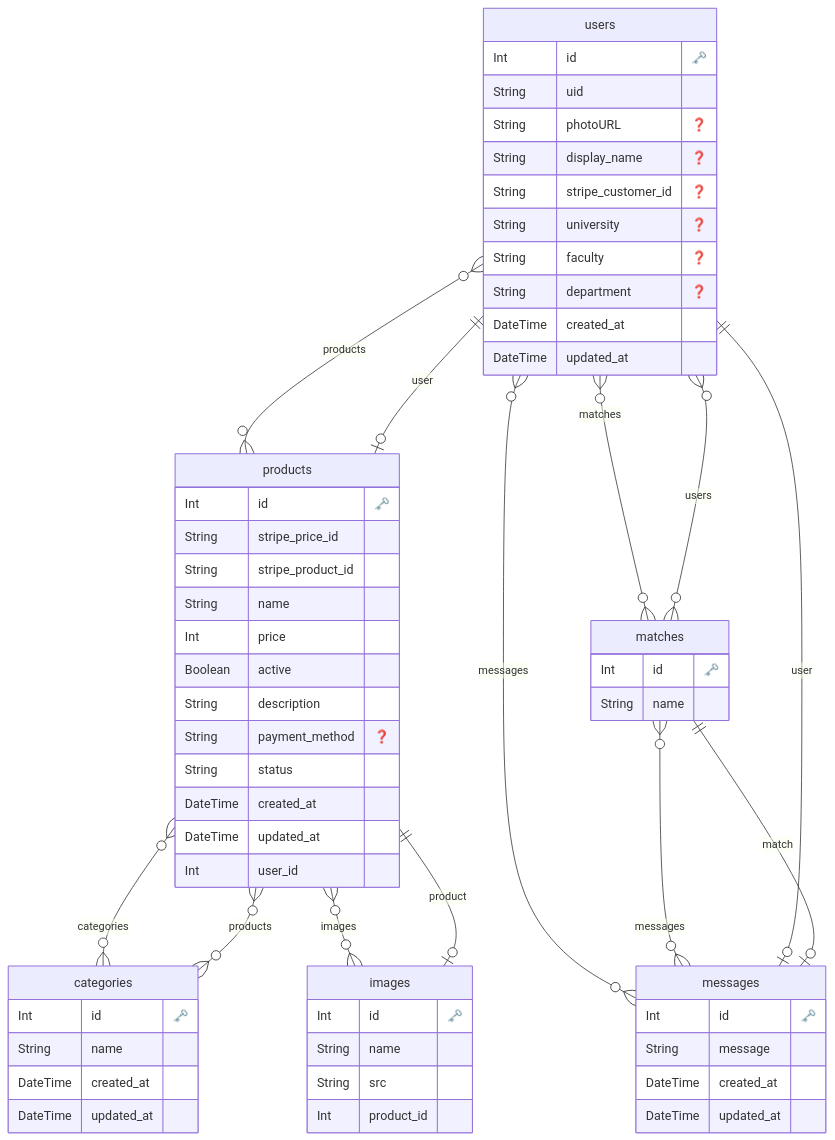
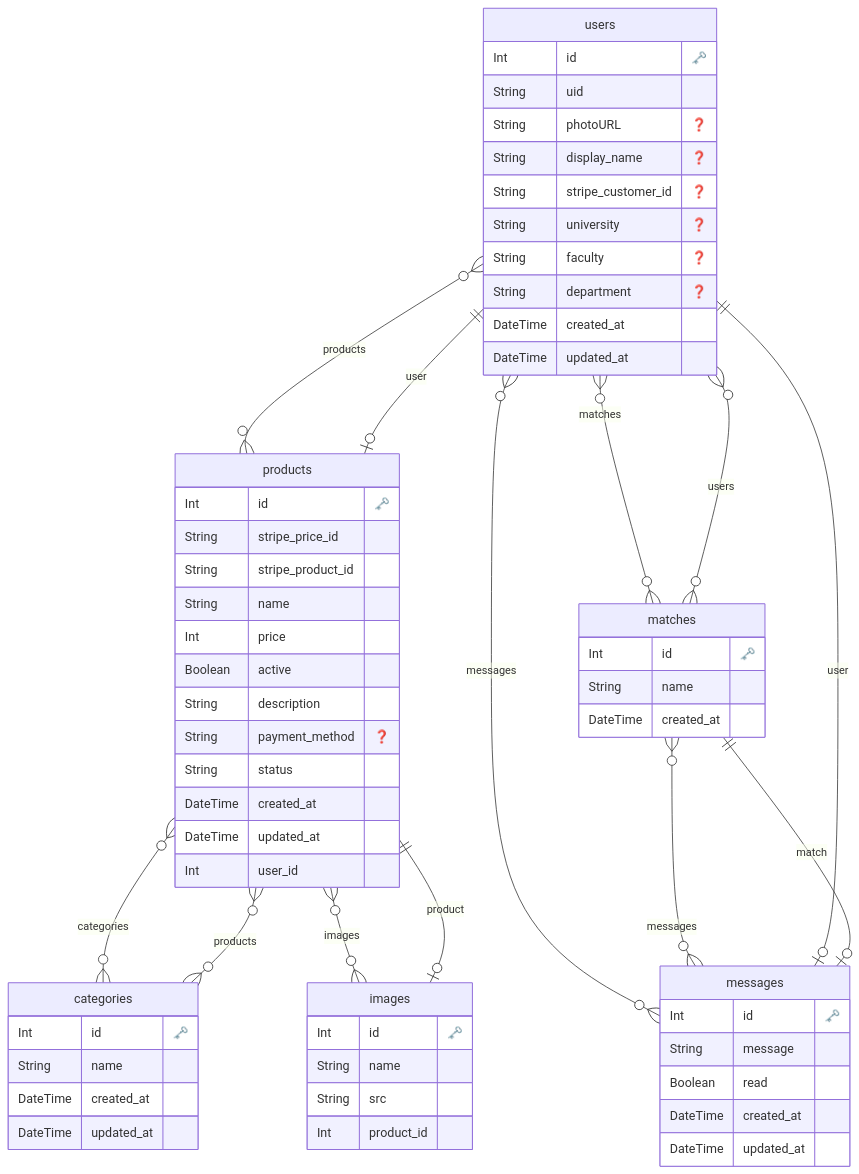
Before and after one commit to 1zumisawashun/unifree-client: the diagram in prisma/scheme.md, drawn with Mermaid. The commit also changed 1 other file, not shown here.

Commit message:
fix db table

````diff
--- a/prisma/scheme.md
+++ b/prisma/scheme.md
@@ -1,75 +1,77 @@
 ```mermaid
 erDiagram
 
   "users" {
     Int id "🗝️"
     String uid 
     String photoURL "❓"
     String display_name "❓"
     String stripe_customer_id "❓"
     String university "❓"
     String faculty "❓"
     String department "❓"
     DateTime created_at 
     DateTime updated_at 
     }
   
 
   "products" {
     Int id "🗝️"
     String stripe_price_id 
     String stripe_product_id 
     String name 
     Int price 
     Boolean active 
     String description 
     String payment_method "❓"
     String status 
     DateTime created_at 
     DateTime updated_at 
     Int user_id 
     }
   
 
   "images" {
     Int id "🗝️"
     String name 
     String src 
     Int product_id 
     }
   
 
   "categories" {
     Int id "🗝️"
     String name 
     DateTime created_at 
     DateTime updated_at 
     }
   
 
   "matches" {
     Int id "🗝️"
     String name 
+    DateTime created_at 
     }
   
 
   "messages" {
     Int id "🗝️"
     String message 
+    Boolean read 
     DateTime created_at 
     DateTime updated_at 
     }
   
     "users" o{--}o "products" : "products"
     "users" o{--}o "matches" : "matches"
     "users" o{--}o "messages" : "messages"
     "products" o|--|| "users" : "user"
     "products" o{--}o "categories" : "categories"
     "products" o{--}o "images" : "images"
     "images" o|--|| "products" : "product"
     "categories" o{--}o "products" : "products"
     "matches" o{--}o "users" : "users"
     "matches" o{--}o "messages" : "messages"
     "messages" o|--|| "users" : "user"
     "messages" o|--|| "matches" : "match"
 ```
````
